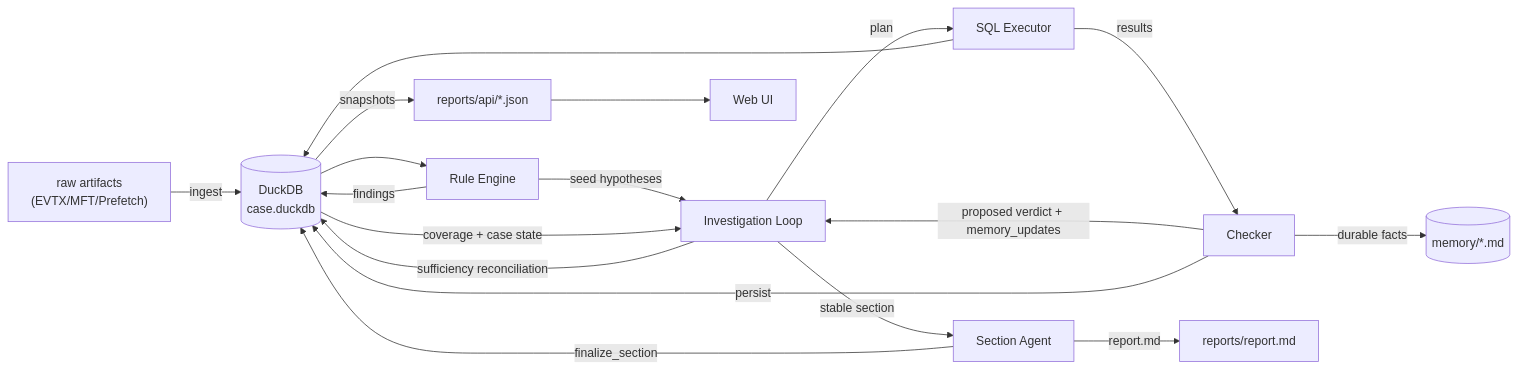
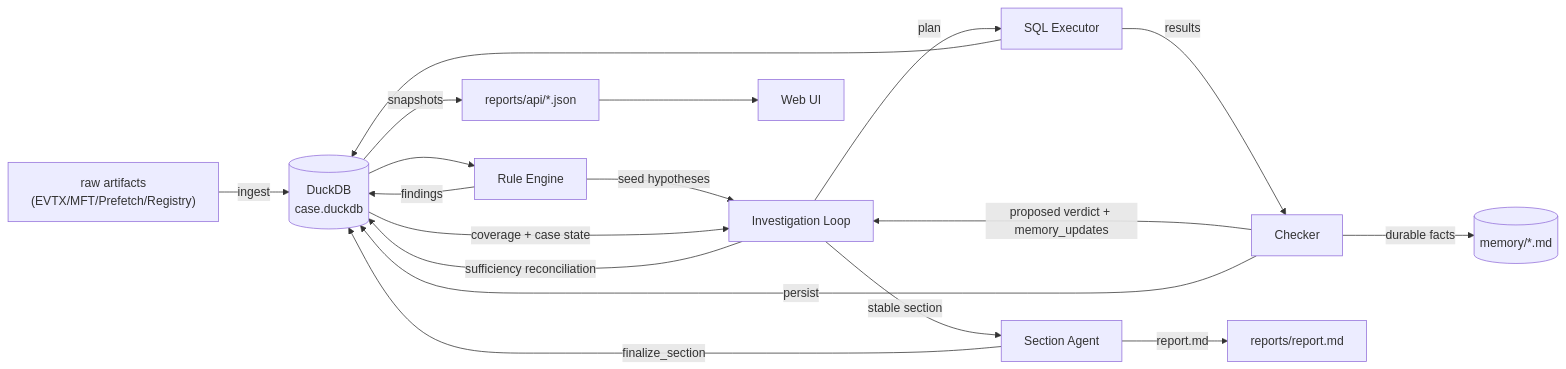
The first of 4 diagrams in docs/architecture.md (sumeshi/forensia), drawn with Mermaid before and after one commit. The commit also changed other lines of this file and 13 other files, not shown here.

Commit message:
feat: ingest registry datasets through reg2es adapter

````diff
--- a/docs/architecture.md
+++ b/docs/architecture.md
@@ -14,20 +14,20 @@
 ```mermaid
 flowchart LR
-    A["raw artifacts<br/>(EVTX/MFT/Prefetch)"] -->|ingest| B[("DuckDB<br/>case.duckdb")]
+    A["raw artifacts<br/>(EVTX/MFT/Prefetch/Registry)"] -->|ingest| B[("DuckDB<br/>case.duckdb")]
     B --> C[Rule Engine]
     C -->|findings| B
     C -->|seed hypotheses| H[Investigation Loop]
     B -->|coverage + case state| H
     H -->|plan| Q[SQL Executor]
     Q --> B
     Q -->|results| K[Checker]
     K -->|proposed verdict + memory_updates| H
     H -->|sufficiency reconciliation| B
     K -->|persist| B
     K -->|durable facts| M[("memory/*.md")]
     H -->|stable section| R[Section Agent]
     R -->|finalize_section| B
     R -->|report.md| O["reports/report.md"]
     B -->|snapshots| S["reports/api/*.json"]
     S --> W["Web UI"]
 ```
````
